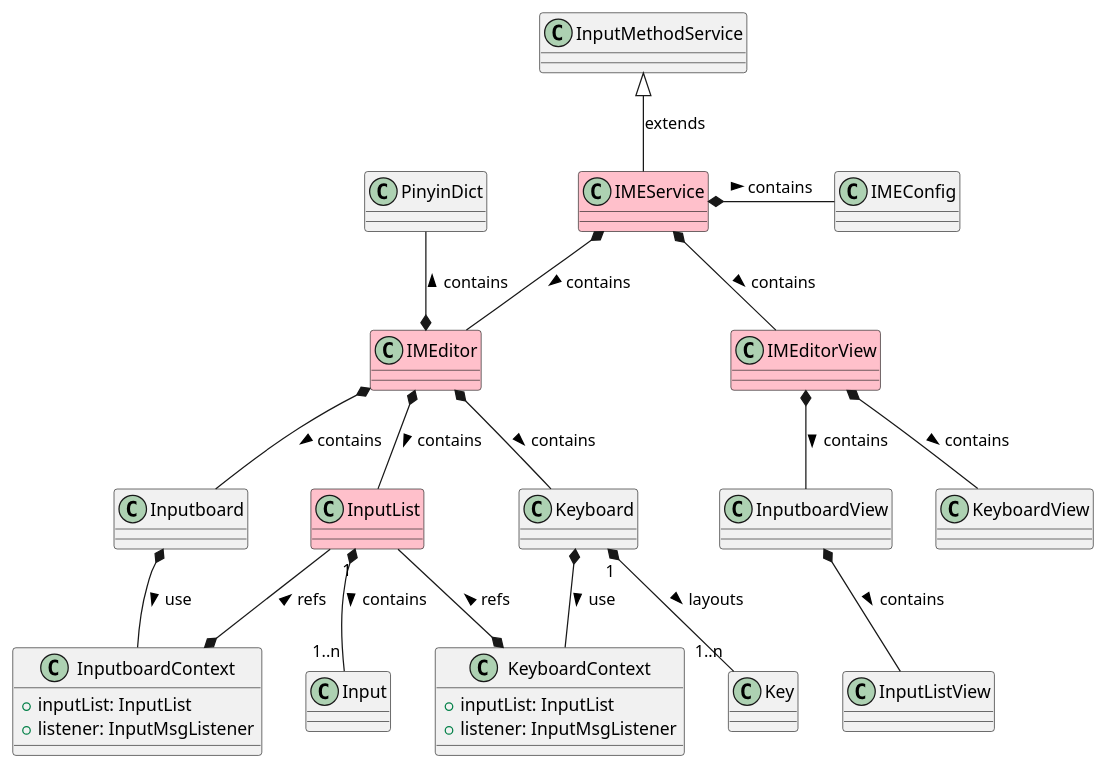
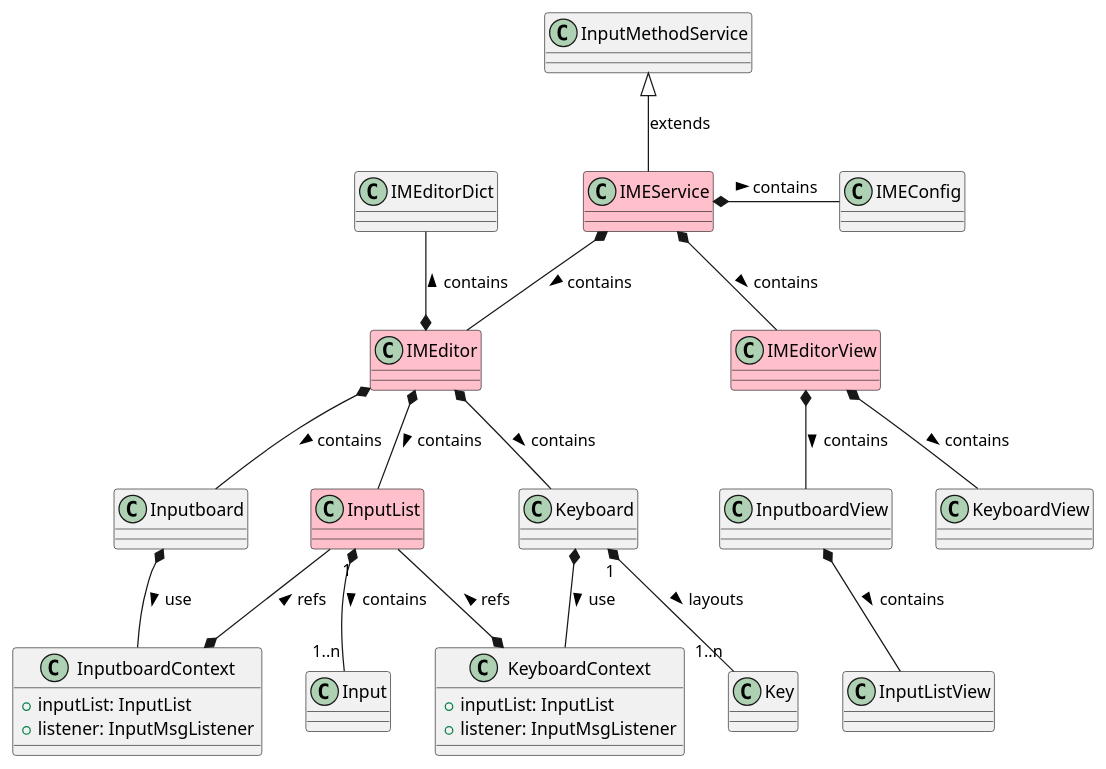
Before and after one commit to crazydan-studio/kuaizi-ime-android: the first of 2 diagrams in README.md, drawn with PlantUML. The commit also changed 1 other file, not shown here.

````diff
--- a/README.md
+++ b/README.md
@@ -69,55 +69,55 @@
 ```plantuml
 @startuml
 class "InputMethodService" as sys_ime_svc
 class "IMEService" as ime_svc #pink
 class "IMEConfig" as ime_conf
 
-class "PinyinDict" as dict
+class "IMEditorDict" as dict
 
 class "IMEditor" as ime_editor #pink
 class "Keyboard" as keyboard
 class "Inputboard" as inputboard
 class "KeyboardContext" as keyboard_ctx {
   +inputList: InputList
   +listener: InputMsgListener
 }
 class "InputboardContext" as inputboard_ctx {
   +inputList: InputList
   +listener: InputMsgListener
 }
 
 class "InputList" as input_list #pink
 class "Input" as input
 class "Key" as key
 
 class "IMEditorView" as ime_editor_view #pink
 class "KeyboardView" as keyboard_view
 class "InputboardView" as inputboard_view
 class "InputListView" as input_list_view
 
 sys_ime_svc <|-down- ime_svc: extends
 
 ime_svc *-right- ime_conf: contains >
 ime_svc *-down- ime_editor: contains >
 ime_svc *-down- ime_editor_view: contains >
 
 ime_editor_view *-down- inputboard_view: contains >
 inputboard_view *-down- input_list_view: contains >
 ime_editor_view *-down- keyboard_view: contains >
 
 ime_editor *-up- dict: contains >
 ime_editor *-down- inputboard: contains >
 ime_editor *-down- keyboard: contains >
 ime_editor *-down- input_list: contains >
 
 inputboard *-down- inputboard_ctx: use >
 keyboard *-down- keyboard_ctx: use >
 
 inputboard_ctx *-up- input_list: refs >
 keyboard_ctx *-up- input_list: refs >
 
 input_list "1" *-down- "1..n" input: contains >
 keyboard "1" *-down- "1..n" key: layouts >
 
 @enduml
 ```
````
